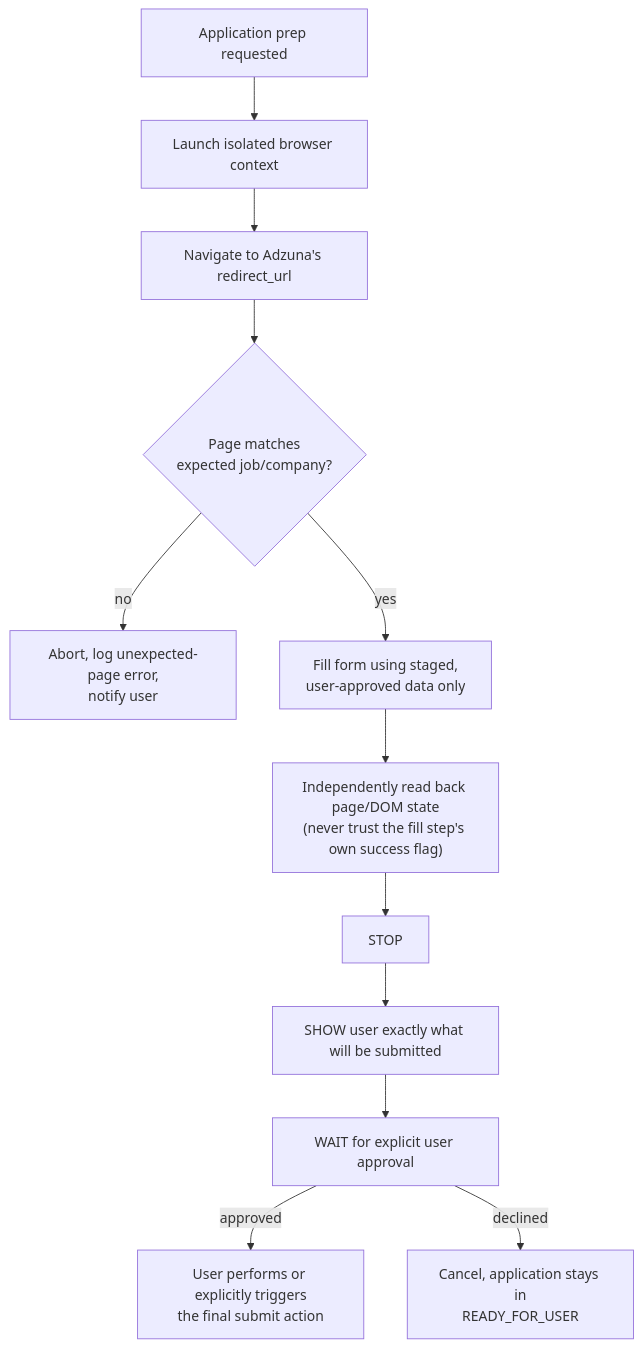
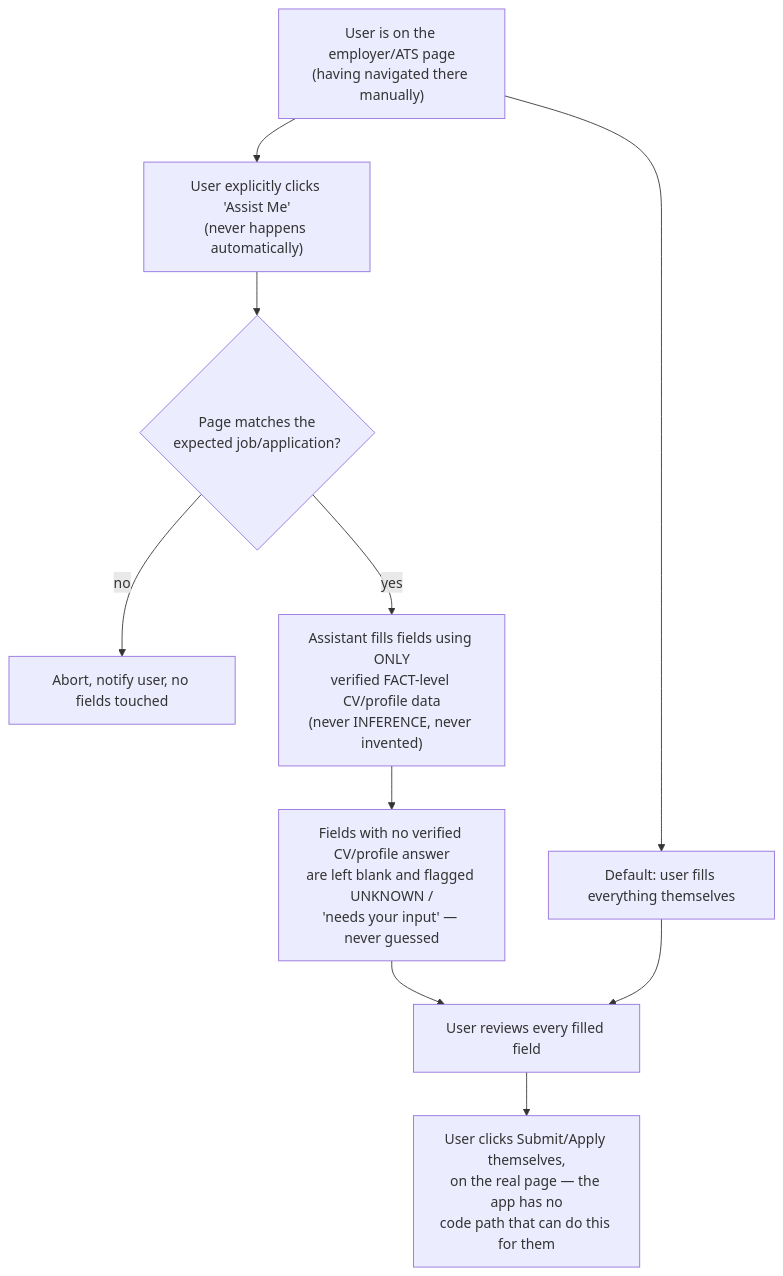
The third of 3 diagrams in docs/03-job-sources-and-browser-automation.md (wassimrahoui/adhd-job-agent), drawn with Mermaid before and after one commit. The commit also changed other lines of this file and 5 other files, not shown here.

````diff
--- a/docs/03-job-sources-and-browser-automation.md
+++ b/docs/03-job-sources-and-browser-automation.md
@@ -77,14 +89,12 @@
 ```mermaid
 flowchart TD
-    START["Application prep requested"] --> LAUNCH["Launch isolated browser context"]
-    LAUNCH --> NAV["Navigate to Adzuna's redirect_url"]
-    NAV --> VERIFYPAGE{"Page matches\nexpected job/company?"}
-    VERIFYPAGE -->|no| ABORT["Abort, log unexpected-page error,\nnotify user"]
-    VERIFYPAGE -->|yes| ACT["Fill form using staged,\nuser-approved data only"]
-    ACT --> READBACK["Independently read back page/DOM state\n(never trust the fill step's own success flag)"]
-    READBACK --> STOP["STOP"]
-    STOP --> SHOW["SHOW user exactly what will be submitted"]
-    SHOW --> WAIT["WAIT for explicit user approval"]
-    WAIT -->|approved| CONTINUE["User performs or explicitly triggers\nthe final submit action"]
-    WAIT -->|declined| CANCEL["Cancel, application stays in\nREADY_FOR_USER"]
+    ONPAGE["User is on the employer/ATS page\n(having navigated there manually)"] --> DEFAULT["Default: user fills everything themselves"]
+    ONPAGE --> ASSISTCLICK["User explicitly clicks 'Assist Me'\n(never happens automatically)"]
+    ASSISTCLICK --> VERIFYPAGE{"Page matches the\nexpected job/application?"}
+    VERIFYPAGE -->|no| ABORT["Abort, notify user, no fields touched"]
+    VERIFYPAGE -->|yes| FILL["Assistant fills fields using ONLY\nverified FACT-level CV/profile data\n(never INFERENCE, never invented)"]
+    FILL --> UNKNOWNFIELDS["Fields with no verified CV/profile answer\nare left blank and flagged UNKNOWN /\n'needs your input' — never guessed"]
+    UNKNOWNFIELDS --> USERREVIEW["User reviews every filled field"]
+    DEFAULT --> USERREVIEW
+    USERREVIEW --> USERSUBMIT["User clicks Submit/Apply themselves,\non the real page — the app has no\ncode path that can do this for them"]
 ```
````
